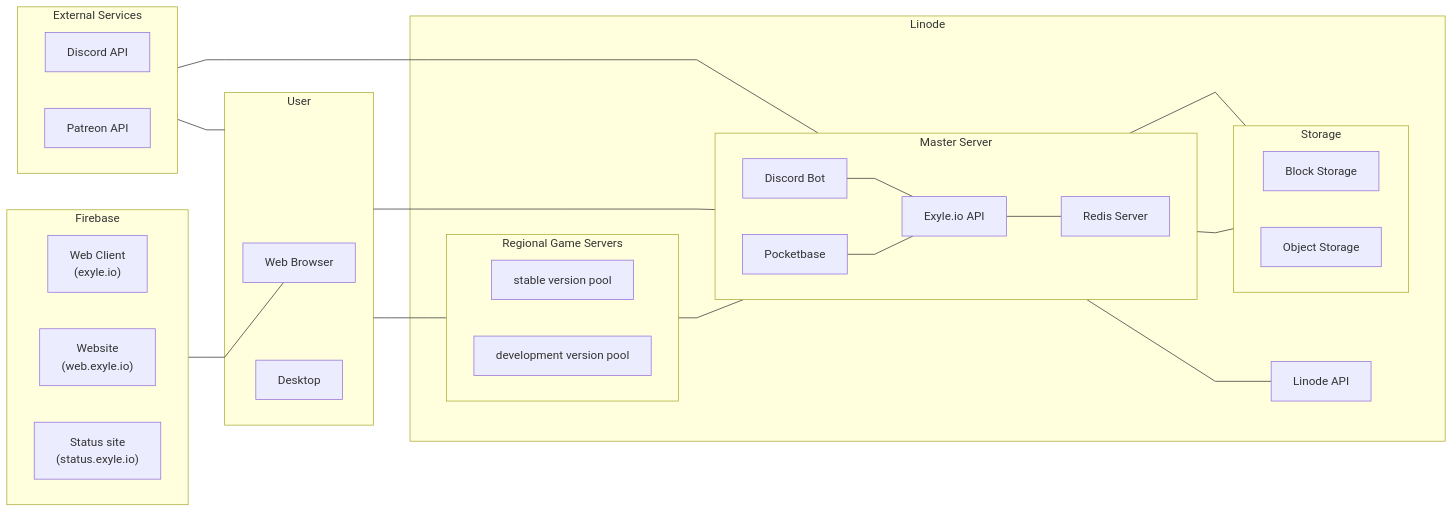
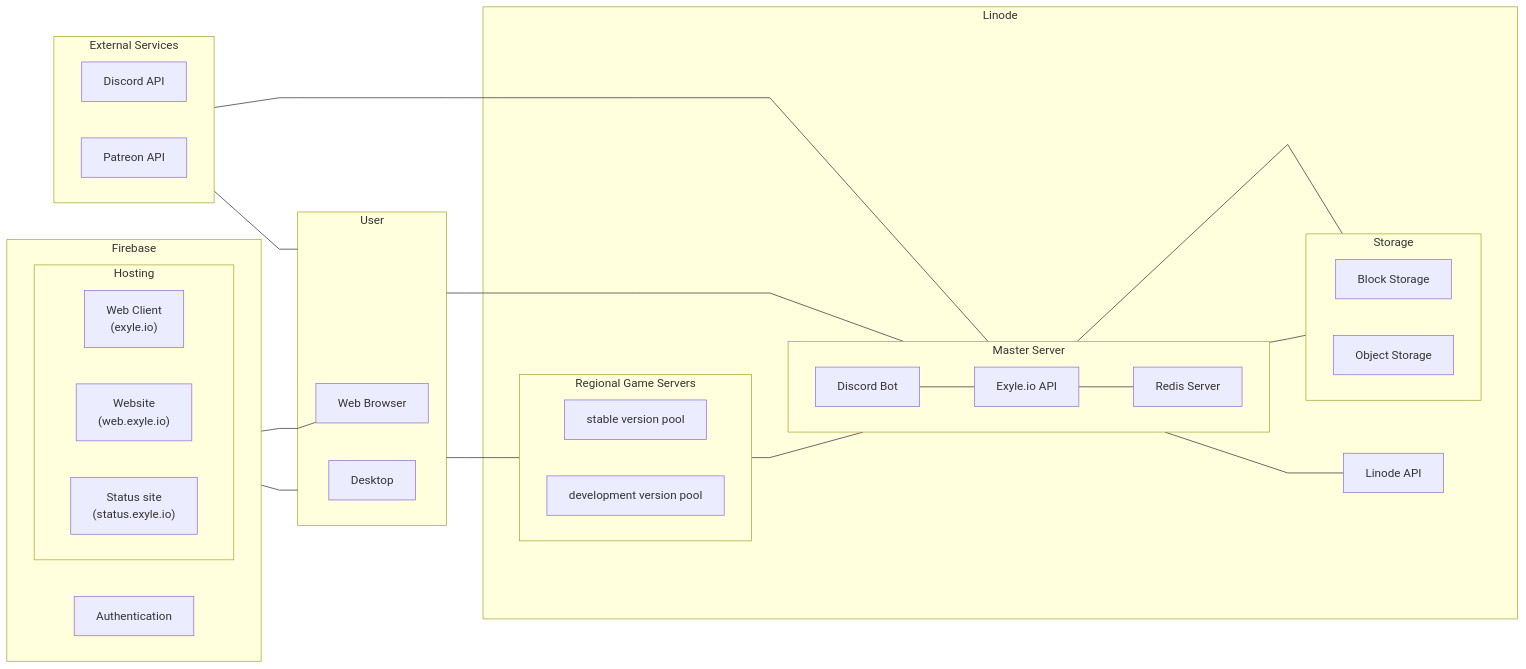
Before and after one commit to exyleio/exyleio: the diagram in docs/5-game-design/online-infrastructure/infrastructure.md, drawn with Mermaid. The commit also changed other lines of this file and 2 other files, not shown here.

Commit message:
replace pocketbase with firebase for auth

````diff
--- a/docs/5-game-design/online-infrastructure/infrastructure.md
+++ b/docs/5-game-design/online-infrastructure/infrastructure.md
@@ -25,73 +25,77 @@
 ```mermaid
 %%{
     init: {
         "flowchart": {
             "curve": "linear"
         }
     }
 }%%
 
 flowchart LR
     subgraph external-services[External Services]
         direction LR
 
         discord-api[Discord API]
         patreon-api[Patreon API]
     end
     external-services --- user
     external-services --- master-server
 
     subgraph firebase[Firebase]
         direction LR
 
-        web-client["Web Client\n(exyle.io)"]
-        website["Website\n(web.exyle.io)"]
-        status-site["Status site\n(status.exyle.io)"]
+        firebase-auth[Authentication]
+
+        subgraph firebase-hosting[Hosting]
+            direction LR
+            web-client["Web Client\n(exyle.io)"]
+            website["Website\n(web.exyle.io)"]
+            status-site["Status site\n(status.exyle.io)"]
+        end
     end
-    firebase --- browser
+    firebase-hosting --- browser
+    firebase-auth --- user
 
     subgraph user[User]
         desktop[Desktop]
         browser[Web Browser]
     end
     user --- regional-game-servers
-    user --- master-server
+    user --- exyleio-api
 
     subgraph linode-servers[Linode]
         classDef linode_padding fill:none,stroke:none
             subgraph linode_padding [ ]
                 linode-api[Linode API]
 
                 subgraph regional-game-servers[Regional Game Servers]
                     direction LR
 
                     region-servers-stable[stable version pool]
                     region-servers-dev[development version pool]
                 end
                 regional-game-servers --- exyleio-api
 
                 subgraph master-server[Master Server]
                     direction LR
 
                     exyleio-api[Exyle.io API]
                     discord-bot[Discord Bot]
-                    pocketbase[Pocketbase]
                     redis-server[Redis Server]
                 end
                 exyleio-api --- redis-server
                 discord-bot --- exyleio-api
-                pocketbase --- exyleio-api
                 exyleio-api --- linode-api
 
                 subgraph storage[Storage]
                     direction LR
 
                     block-storage[Block Storage]
                     object-storage[Object Storage]
                 end
                 exyleio-api --- object-storage
                 redis-server --- block-storage
             end
         class linode_padding linode_padding
     end
 ```
````
